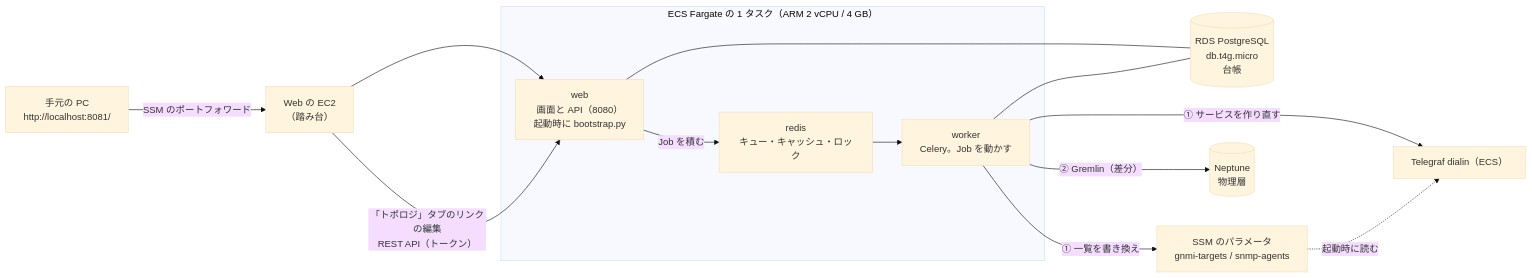
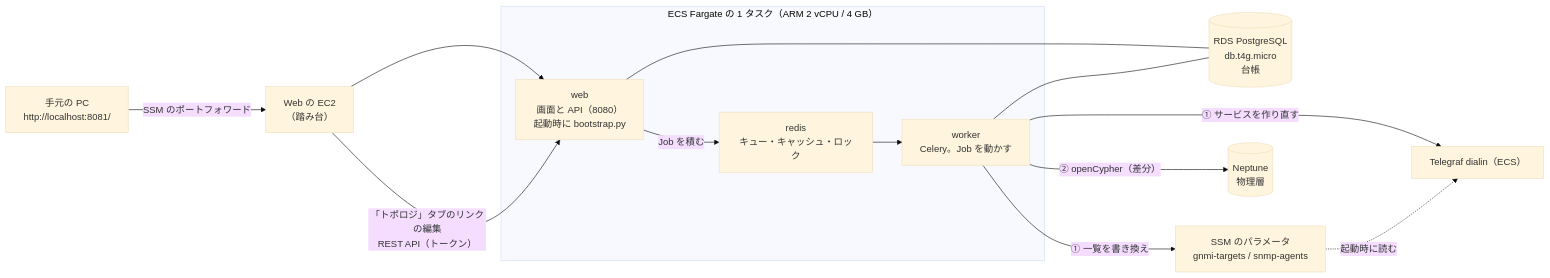
Before and after one commit to eddie-eights/nwc-poc: the first of 4 diagrams in docs/nautobot.md, drawn with Mermaid (base theme). The commit also changed other lines of this file and 58 other files, not shown here.

First line of the commit message:
トポロジの置き場を Neptune Database から Neptune Analytics に置き換えた（問い合わせは Gremlin から openCypher。AWS では未確認）

````diff
--- a/docs/nautobot.md
+++ b/docs/nautobot.md
@@ -32,18 +32,18 @@
 ```mermaid
 flowchart LR
   PC["手元の PC<br/>http://localhost:8081/"] -->|"SSM のポートフォワード"| EC2["Web の EC2<br/>（踏み台）"]
   subgraph TASK["ECS Fargate の 1 タスク（ARM 2 vCPU / 4 GB）"]
     WEB["web<br/>画面と API（8080）<br/>起動時に bootstrap.py"]
     WORKER["worker<br/>Celery。Job を動かす"]
     REDIS["redis<br/>キュー・キャッシュ・ロック"]
     WEB -->|"Job を積む"| REDIS --> WORKER
   end
   EC2 --> WEB
   EC2 -->|"「トポロジ」タブのリンクの編集<br/>REST API（トークン）"| WEB
   WEB --- DB[("RDS PostgreSQL<br/>db.t4g.micro<br/>台帳")]
   WORKER --- DB
   WORKER -->|"① 一覧を書き換え"| SSM["SSM のパラメータ<br/>gnmi-targets / snmp-agents"]
   WORKER -->|"① サービスを作り直す"| DIALIN["Telegraf dialin（ECS）"]
   SSM -.->|"起動時に読む"| DIALIN
-  WORKER -->|"② Gremlin（差分）"| NEP[("Neptune<br/>物理層")]
+  WORKER -->|"② openCypher（差分）"| NEP[("Neptune<br/>物理層")]
 ```
````
